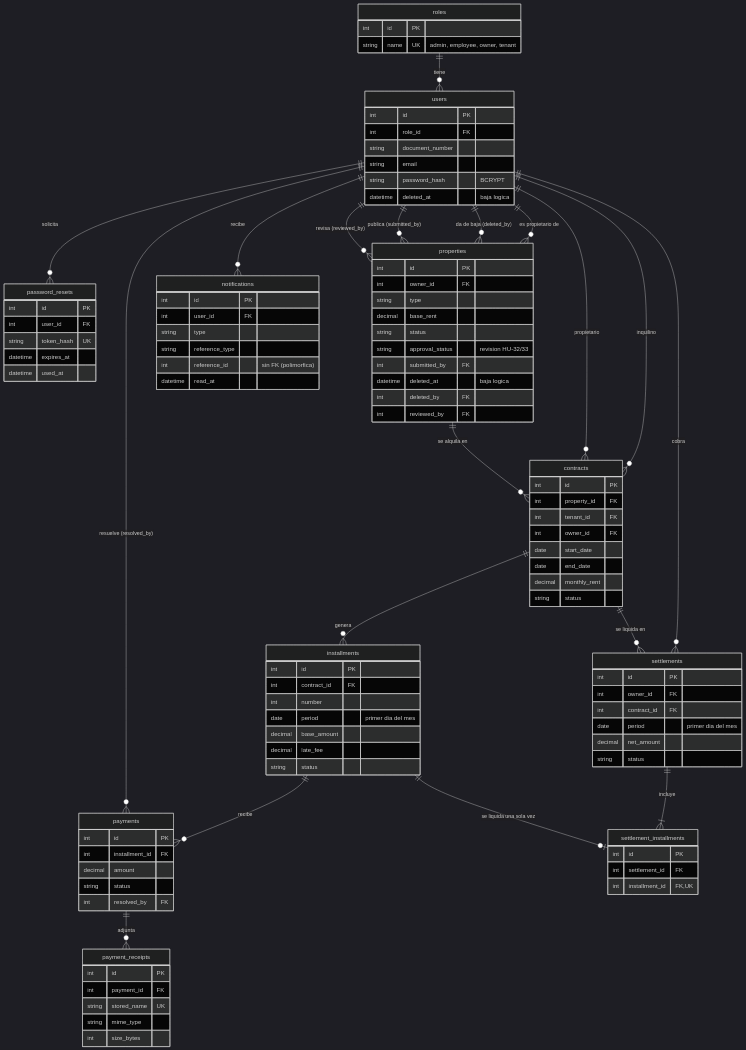
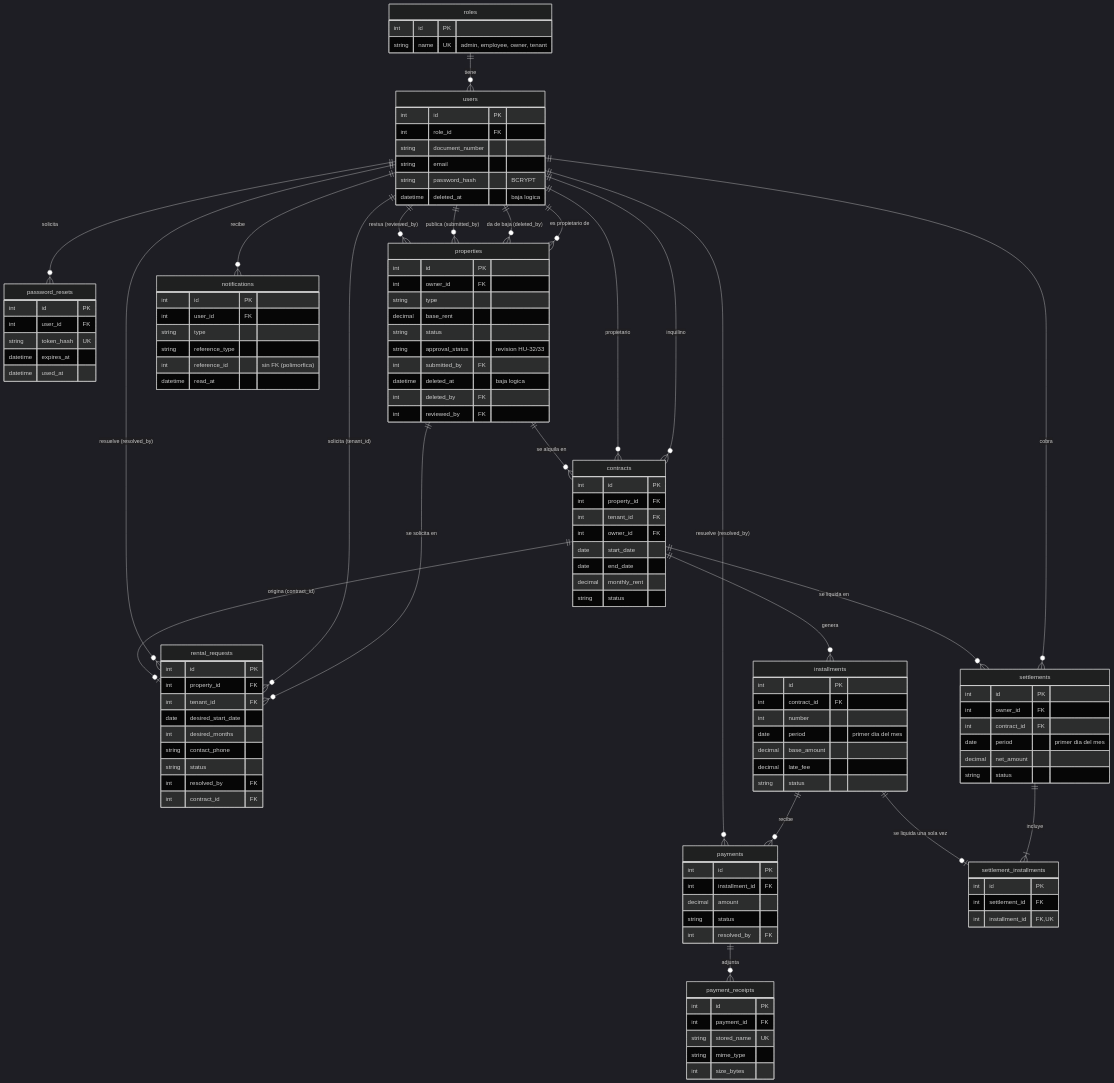
One commit to EihtSlowFlow/PS-TP_FINAL changed the diagram in .docs/base_de_datos/MODELO_DE_DATOS.md. Above: the diagram before and after it, drawn with Mermaid (dark theme). The commit also changed other lines of this file and 32 other files, not shown here.

```diff
--- a/.docs/base_de_datos/MODELO_DE_DATOS.md
+++ b/.docs/base_de_datos/MODELO_DE_DATOS.md
@@ -43,6 +43,10 @@
     users ||--o{ contracts : "inquilino"
     users ||--o{ contracts : "propietario"
     properties ||--o{ contracts : "se alquila en"
+    properties ||--o{ rental_requests : "se solicita en"
+    users ||--o{ rental_requests : "solicita (tenant_id)"
+    users ||--o{ rental_requests : "resuelve (resolved_by)"
+    contracts ||--o| rental_requests : "origina (contract_id)"
     contracts ||--o{ installments : "genera"
     installments ||--o{ payments : "recibe"
     users ||--o{ payments : "resuelve (resolved_by)"
@@ -110,6 +114,17 @@
         string status
         int resolved_by FK
     }
+    rental_requests {
+        int id PK
+        int property_id FK
+        int tenant_id FK
+        date desired_start_date
+        int desired_months
+        string contact_phone
+        string status
+        int resolved_by FK
+        int contract_id FK
+    }
     payment_receipts {
         int id PK
         int payment_id FK
```
